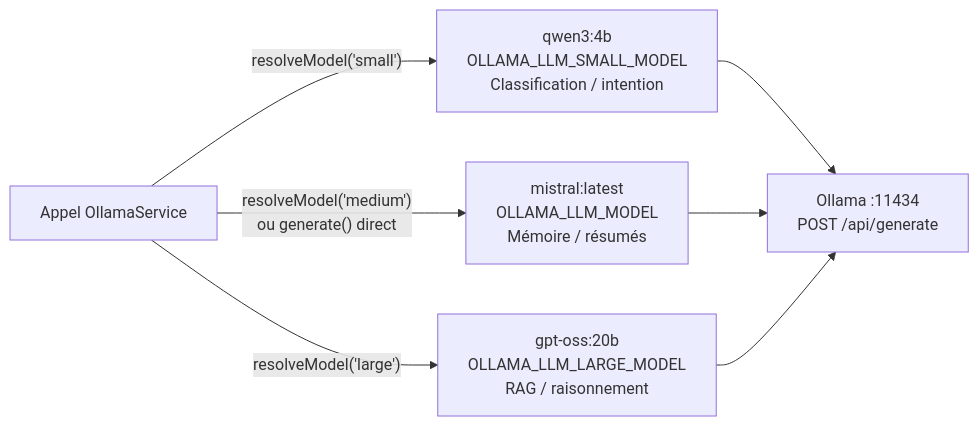
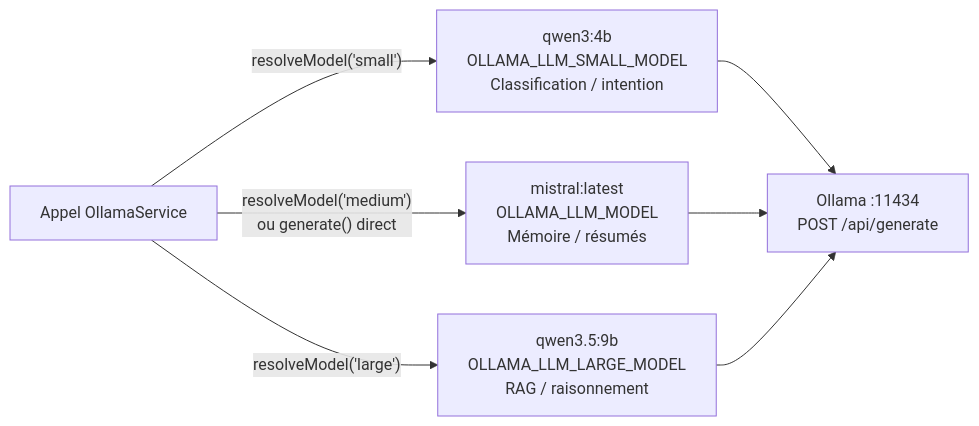
The sixth of 10 diagrams in plan/architecture-flows.md (Yesub/jarvis-full-solution), drawn with Mermaid before and after one commit. The commit also changed other lines of this file and 6 other files, not shown here.

First line of the commit message:
feat: update LLM model references and enhance AgentService for meta-intent handling

````diff
--- a/plan/architecture-flows.md
+++ b/plan/architecture-flows.md
@@ -211,10 +219,10 @@
 ```mermaid
 graph LR
     Call["Appel OllamaService"]
     Call -->|"resolveModel('small')"| SM["qwen3:4b\nOLLAMA_LLM_SMALL_MODEL\nClassification / intention"]
     Call -->|"resolveModel('medium')\nou generate() direct"| MM["mistral:latest\nOLLAMA_LLM_MODEL\nMémoire / résumés"]
-    Call -->|"resolveModel('large')"| LM["gpt-oss:20b\nOLLAMA_LLM_LARGE_MODEL\nRAG / raisonnement"]
+    Call -->|"resolveModel('large')"| LM["qwen3.5:9b\nOLLAMA_LLM_LARGE_MODEL\nRAG / raisonnement"]
     SM --> Ollama["Ollama :11434\nPOST /api/generate"]
     MM --> Ollama
     LM --> Ollama
 ```
````
